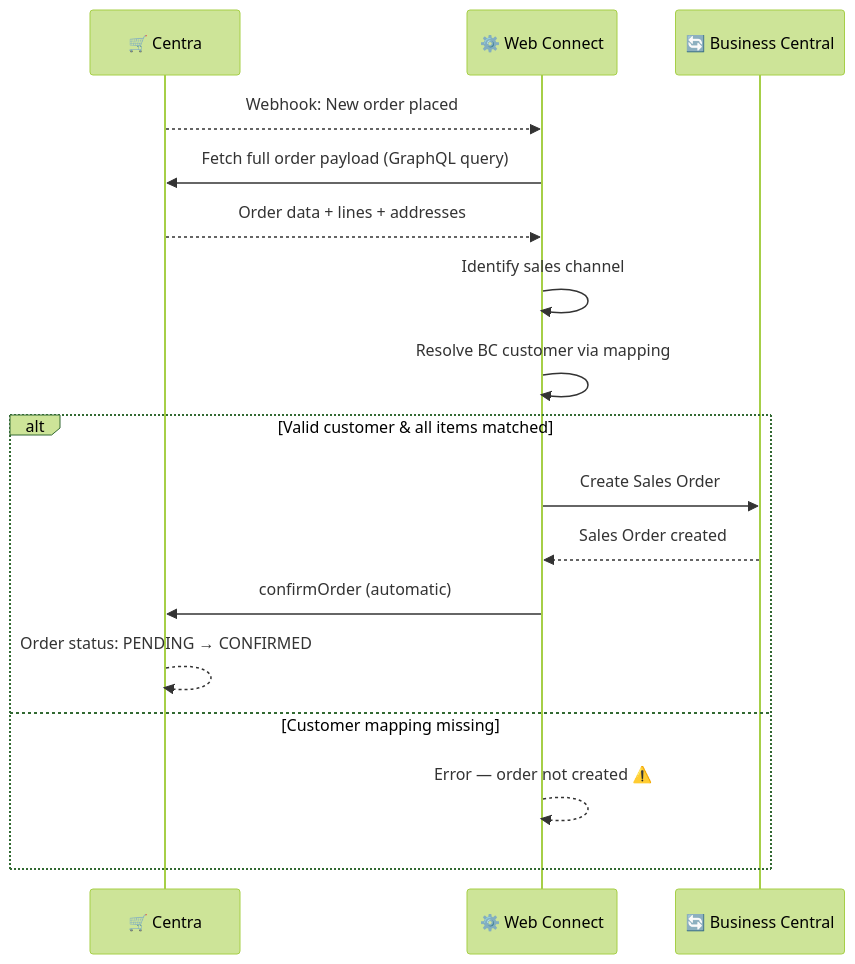
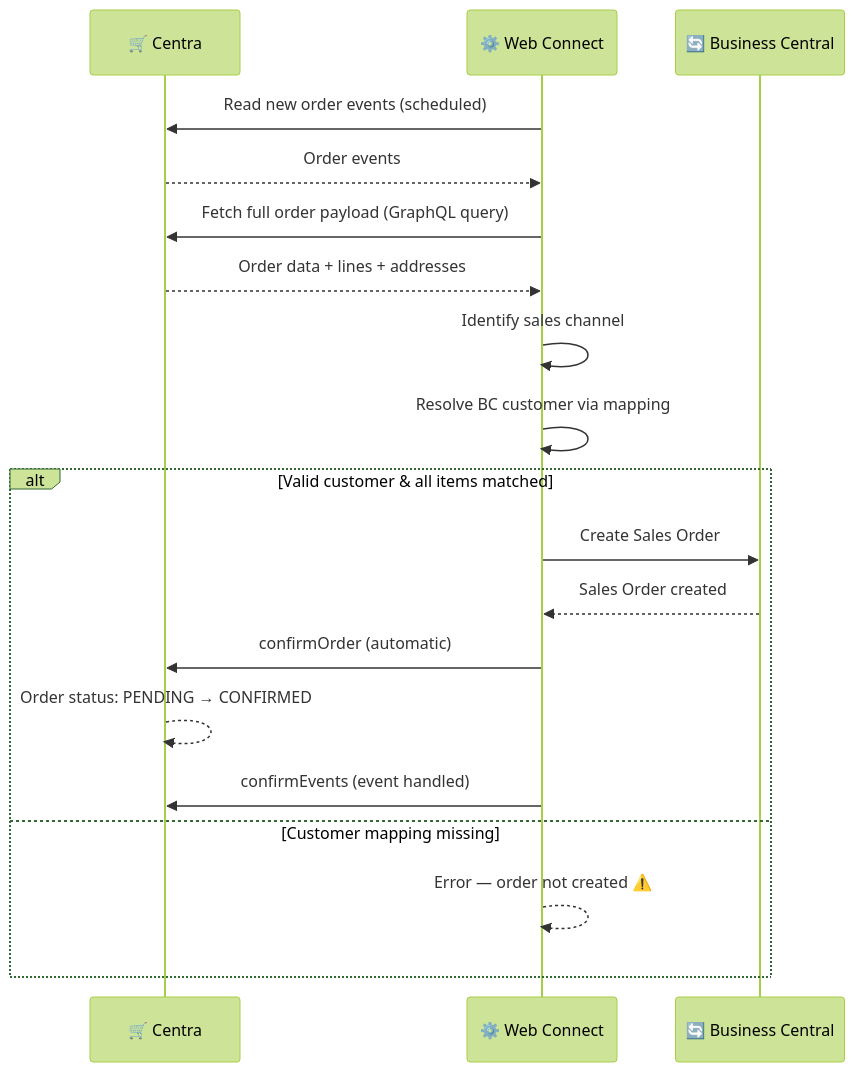
The diagram in docs/products/web-connect/integrations/centra/flows/order-inbound.md (Combine-IT-ab/docs-general), drawn with Mermaid (forest theme) before and after one commit. The commit also changed other lines of this file and 1 other file, not shown here.

First line of the commit message:
Centra: ordrar hämtas med GraphQL, upplägg per flöde

````diff
--- a/docs/products/web-connect/integrations/centra/flows/order-inbound.md
+++ b/docs/products/web-connect/integrations/centra/flows/order-inbound.md
@@ -42,20 +42,22 @@
 ```mermaid
 sequenceDiagram
     participant CE as 🛒 Centra
     participant WC as ⚙️ Web Connect
     participant BC as 🔄 Business Central
 
-    CE-->>WC: Webhook: New order placed
+    WC->>CE: Read new order events (scheduled)
+    CE-->>WC: Order events
     WC->>CE: Fetch full order payload (GraphQL query)
     CE-->>WC: Order data + lines + addresses
     WC->>WC: Identify sales channel
     WC->>WC: Resolve BC customer via mapping
     alt Valid customer & all items matched
         WC->>BC: Create Sales Order
         BC-->>WC: Sales Order created
         WC->>CE: confirmOrder (automatic)
         CE-->>CE: Order status: PENDING → CONFIRMED
+        WC->>CE: confirmEvents (event handled)
     else Customer mapping missing
         WC-->>WC: Error — order not created ⚠️
     end
 ```
````
